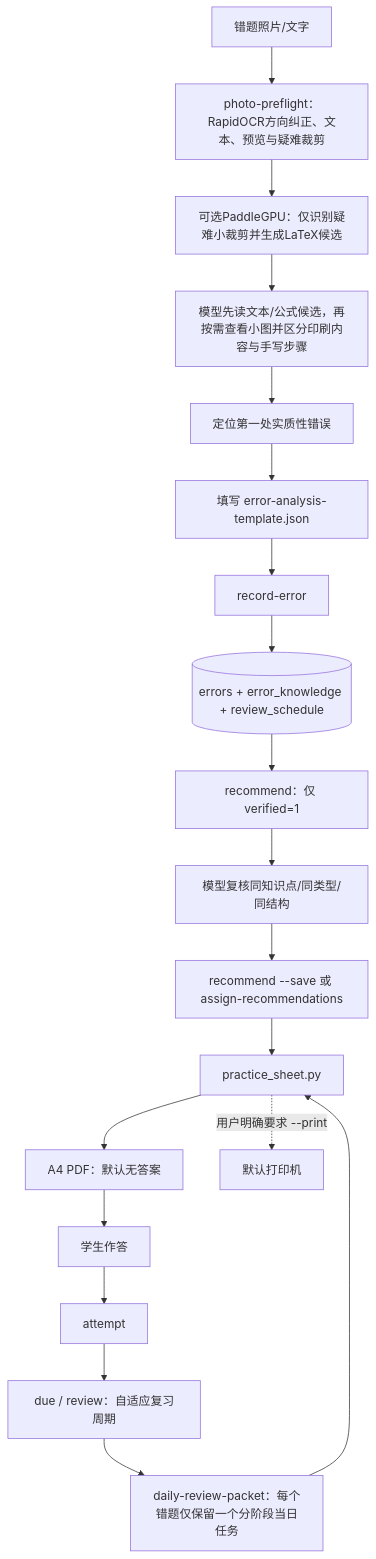
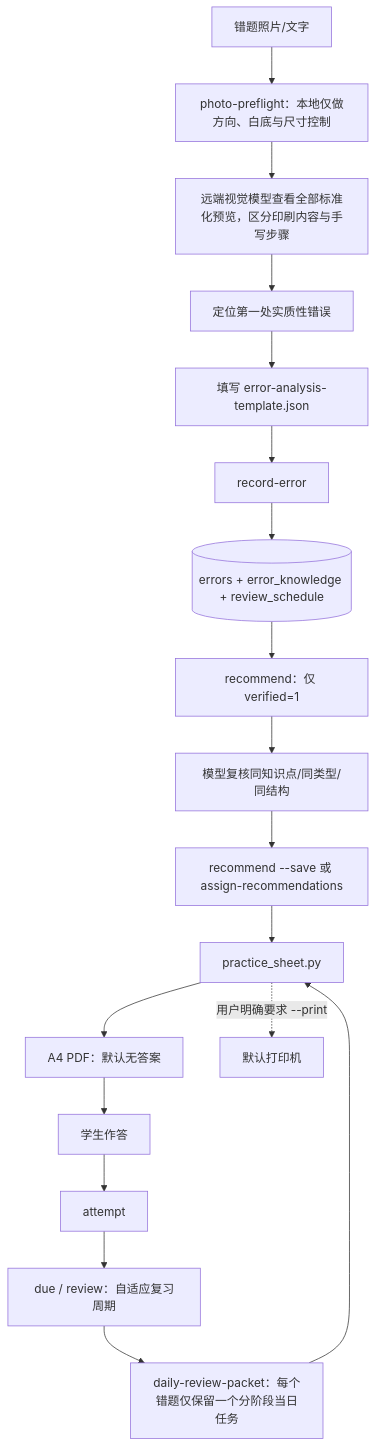
One commit to chjesu/lizhaolin-math-error-notebook changed the second of 6 diagrams in PROJECT_ARCHITECTURE.md. Above: the diagram before and after it, drawn with Mermaid. The commit also changed other lines of this file and 9 other files, not shown here.

````diff
--- a/PROJECT_ARCHITECTURE.md
+++ b/PROJECT_ARCHITECTURE.md
@@ -54,21 +54,20 @@
 ```mermaid
 flowchart TD
-    IMG["错题照片/文字"] --> OCR["photo-preflight：RapidOCR方向纠正、文本、预览与疑难裁剪"]
-    OCR --> FORMULA["可选PaddleGPU：仅识别疑难小裁剪并生成LaTeX候选"]
-    FORMULA --> G["模型先读文本/公式候选，再按需查看小图并区分印刷内容与手写步骤"]
+    IMG["错题照片/文字"] --> PRE["photo-preflight：本地仅做方向、白底与尺寸控制"]
+    PRE --> G["远端视觉模型查看全部标准化预览，区分印刷内容与手写步骤"]
     G --> W["定位第一处实质性错误"]
     W --> J["填写 error-analysis-template.json"]
     J --> RE["record-error"]
     RE --> E[("errors + error_knowledge + review_schedule")]
     E --> RC["recommend：仅 verified=1"]
     RC --> RV["模型复核同知识点/同类型/同结构"]
     RV --> SR["recommend --save 或 assign-recommendations"]
     SR --> PS["practice_sheet.py"]
     PS --> PDF["A4 PDF：默认无答案"]
     PS -. "用户明确要求 --print" .-> PRINT["默认打印机"]
     PDF --> AT["学生作答"]
     AT --> ATT["attempt"]
     ATT --> DUE["due / review：自适应复习周期"]
     DUE --> DP["daily-review-packet：每个错题仅保留一个分阶段当日任务"]
     DP --> PS
 ```
````
